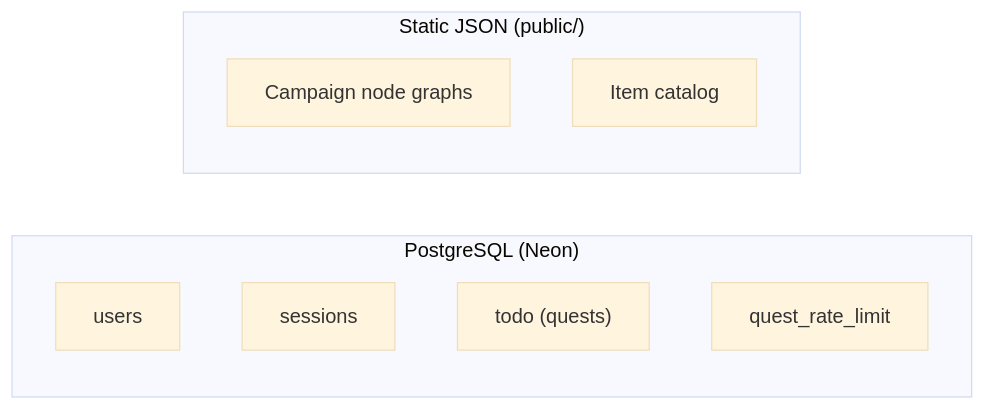
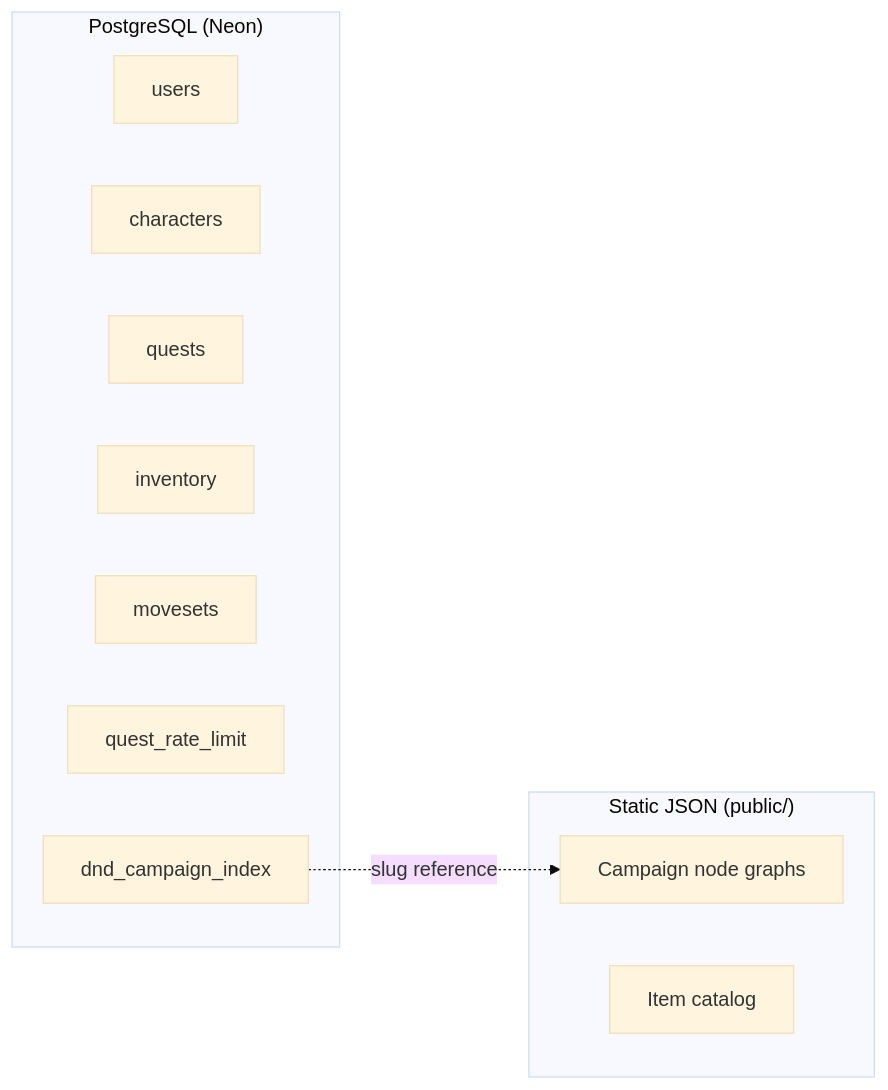
One commit to ThreeFrogs511/questmaker2 changed the diagram in README.md. Above: the diagram before and after it, drawn with Mermaid (base theme). The commit also changed other lines of this file, not shown here.

Commit message:
readme edits

````diff
--- a/README.md
+++ b/README.md
@@ -36,14 +36,19 @@
 ```mermaid
 flowchart LR
     subgraph PostgreSQL["PostgreSQL (Neon)"]
         users["users"]
-        sessions["sessions"]
-        todo["todo (quests)"]
+        characters["characters"]
+        quests["quests"]
+        inventory["inventory"]
+        movesets["movesets"]
         rate_limit["quest_rate_limit"]
+        campaign_index["dnd_campaign_index"]
     end
 
     subgraph Static["Static JSON (public/)"]
         campaigns["Campaign node graphs"]
         items["Item catalog"]
     end
+
+    campaign_index -.->|slug reference| campaigns
 ```
````
